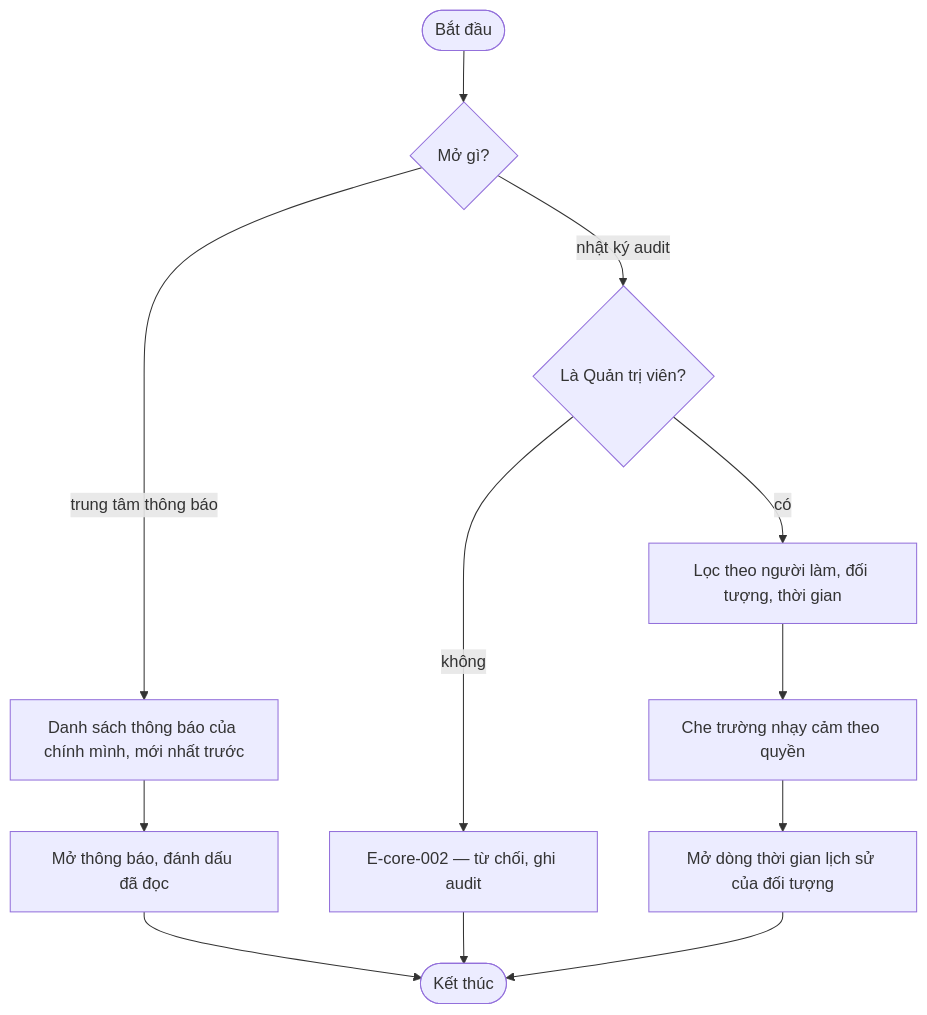
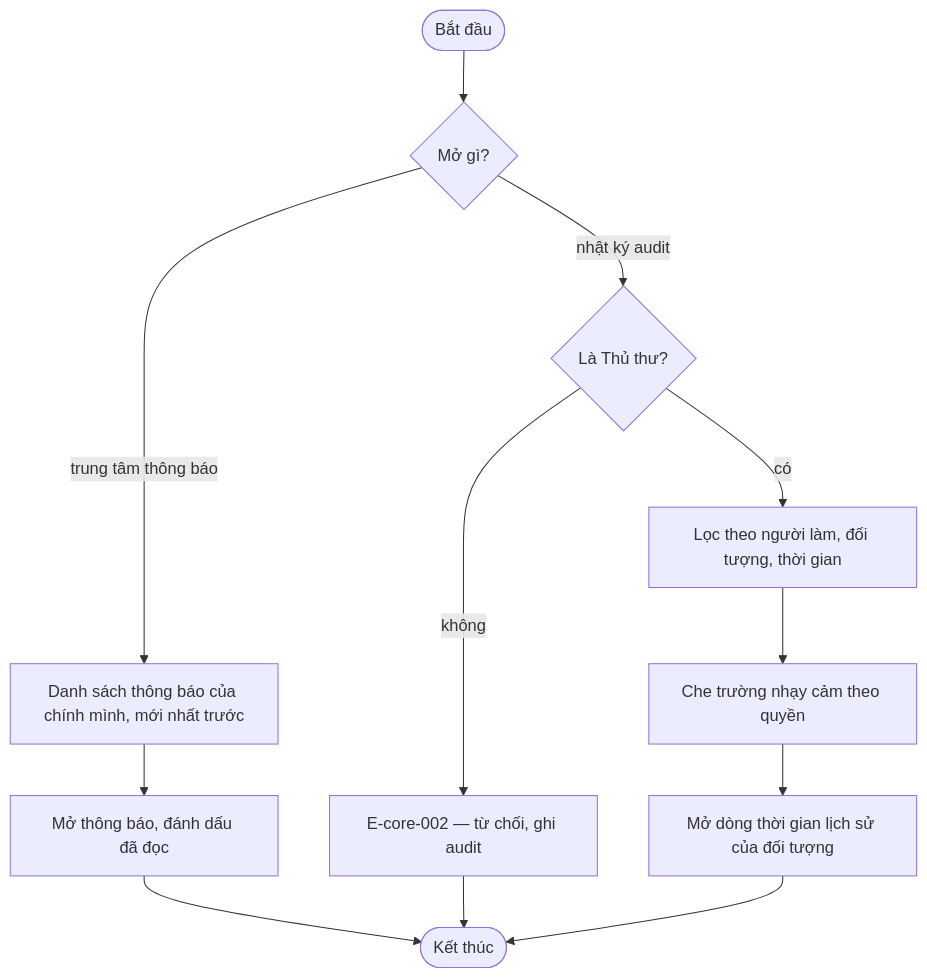
One commit to DatTran26/quanlythuvien changed the diagram in docs/features/notification-audit-ui/srs/notification-audit-ui-flows.md. Above: the diagram before and after it, drawn with Mermaid. The commit also changed other lines of this file and 250 other files, not shown here.

````diff
--- a/docs/features/notification-audit-ui/srs/notification-audit-ui-flows.md
+++ b/docs/features/notification-audit-ui/srs/notification-audit-ui-flows.md
@@ -13,14 +13,14 @@
 ```mermaid
 flowchart TD
     Start(["Bắt đầu"]) --> Which{"Mở gì?"}
     Which -->|"trung tâm thông báo"| List["Danh sách thông báo của chính mình, mới nhất trước"]
     List --> Open["Mở thông báo, đánh dấu đã đọc"]
     Open --> End(["Kết thúc"])
-    Which -->|"nhật ký audit"| Perm{"Là Quản trị viên?"}
+    Which -->|"nhật ký audit"| Perm{"Là Thủ thư?"}
     Perm -->|"không"| Deny["E-core-002 — từ chối, ghi audit"]
     Deny --> End
     Perm -->|"có"| Filter["Lọc theo người làm, đối tượng, thời gian"]
     Filter --> Mask["Che trường nhạy cảm theo quyền"]
     Mask --> Timeline["Mở dòng thời gian lịch sử của đối tượng"]
     Timeline --> End
 ```
````
